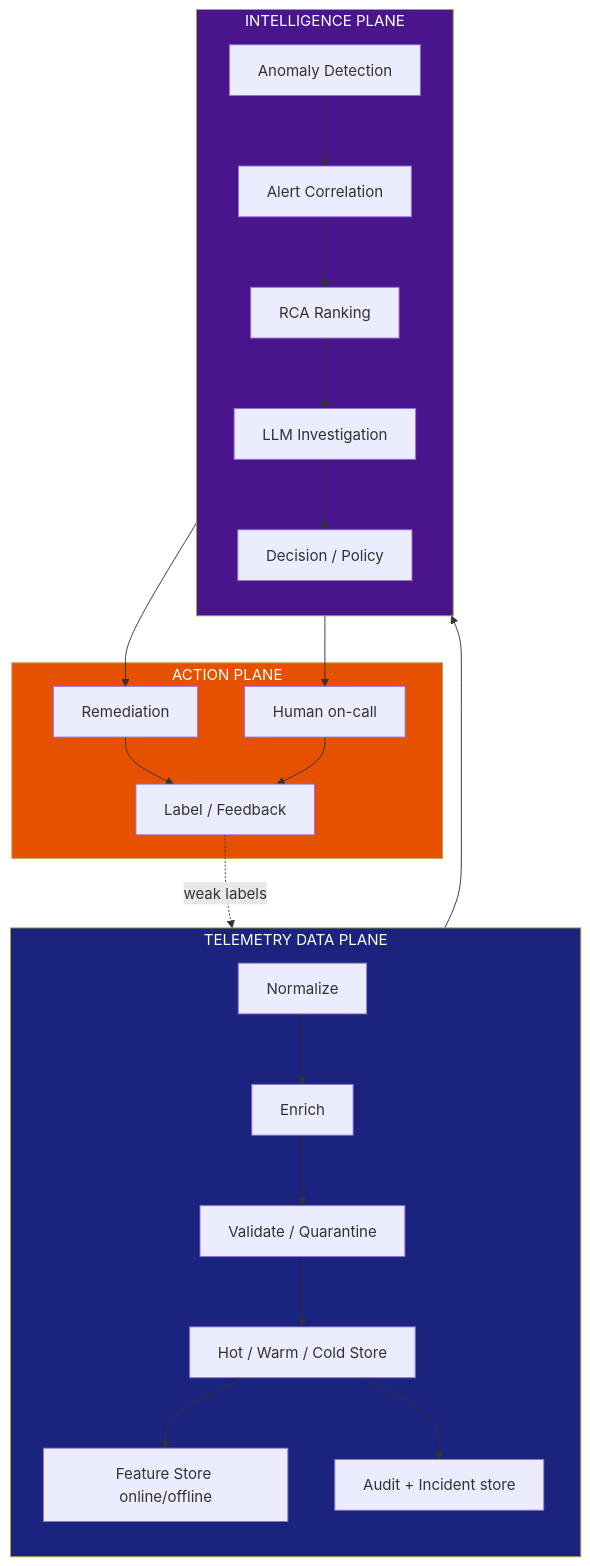
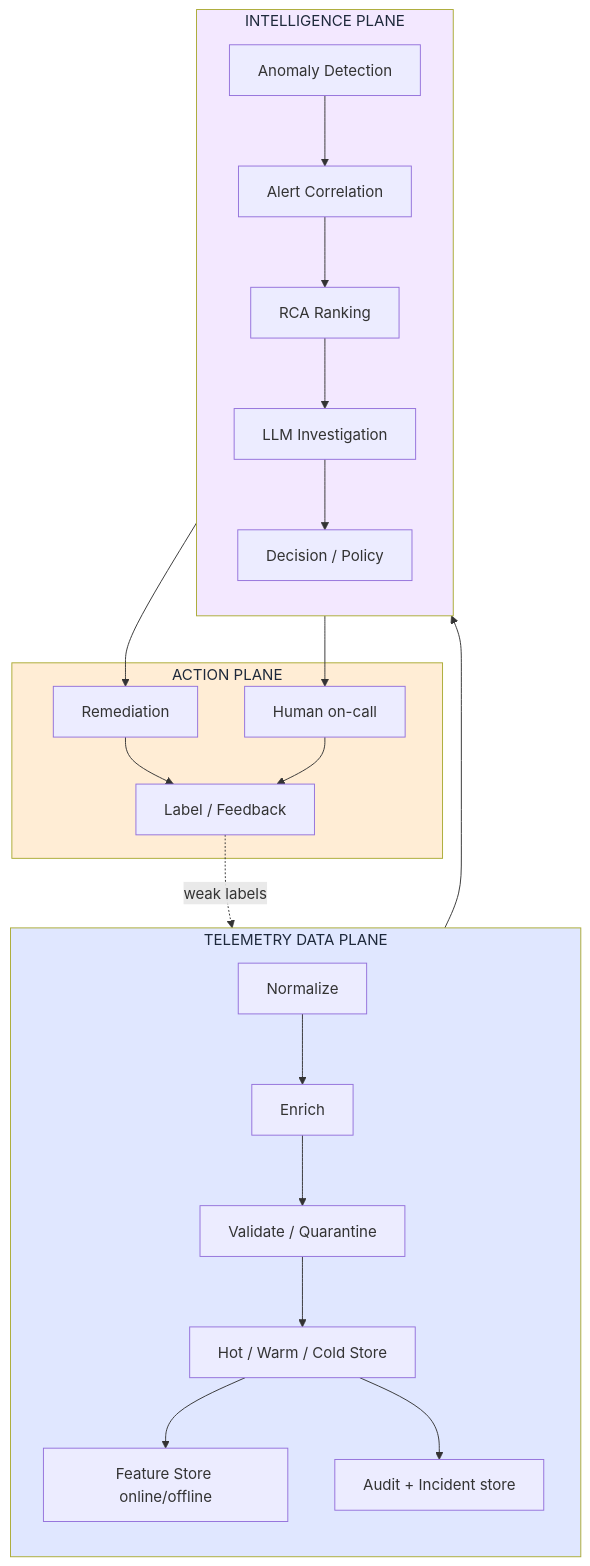
Before and after one commit to XUanhoa04/aiops-engineering-handbook: the second of 16 diagrams in docs/vi/06-data-plane/README.vi.md, drawn with Mermaid. The commit also changed other lines of this file and 39 other files, not shown here.

First line of the commit message:
docs: concept-first Ch.08-12, collapse code, soft Mermaid colors

````diff
--- a/docs/vi/06-data-plane/README.vi.md
+++ b/docs/vi/06-data-plane/README.vi.md
@@ -168,41 +168,41 @@
 ```mermaid
 flowchart TB
     subgraph DP["TELEMETRY DATA PLANE"]
         direction TB
         N[Normalize]
         E[Enrich]
         V[Validate / Quarantine]
         S[Hot / Warm / Cold Store]
         FS[Feature Store online/offline]
         AUD[Audit + Incident store]
     end
 
     subgraph IP["INTELLIGENCE PLANE"]
         direction TB
         AD[Anomaly Detection]
         COR[Alert Correlation]
         RCA[RCA Ranking]
         LLM[LLM Investigation]
         DEC[Decision / Policy]
     end
 
     subgraph AP["ACTION PLANE"]
         REM[Remediation]
         HUM[Human on-call]
         LRN[Label / Feedback]
     end
 
     N --> E --> V --> S
     S --> FS
     FS --> AD --> COR --> RCA --> LLM --> DEC
     DEC --> REM
     DEC --> HUM
     REM --> LRN
     HUM --> LRN
     LRN -.->|weak labels| FS
     S --> AUD
 
-    style DP fill:#1a237e,color:#fff
-    style IP fill:#4a148c,color:#fff
-    style AP fill:#e65100,color:#fff
+    style DP fill:#e0e7ff,color:#1e293b
+    style IP fill:#f3e8ff,color:#1e293b
+    style AP fill:#ffedd5,color:#1e293b
 ```
````
